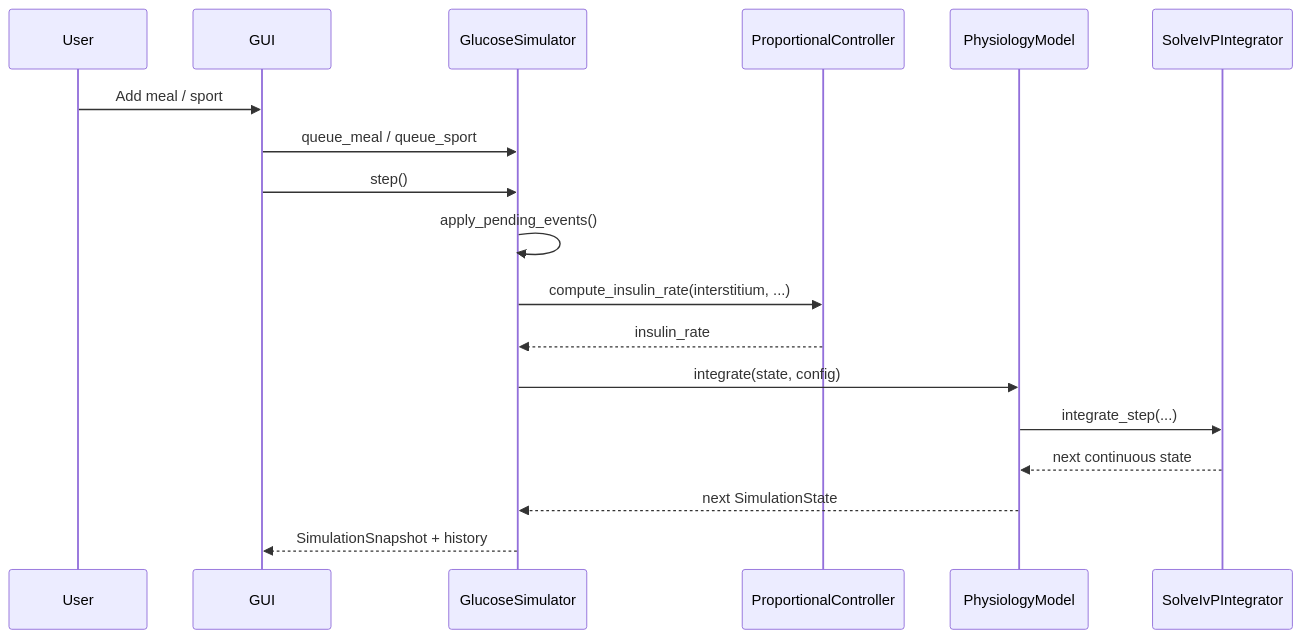
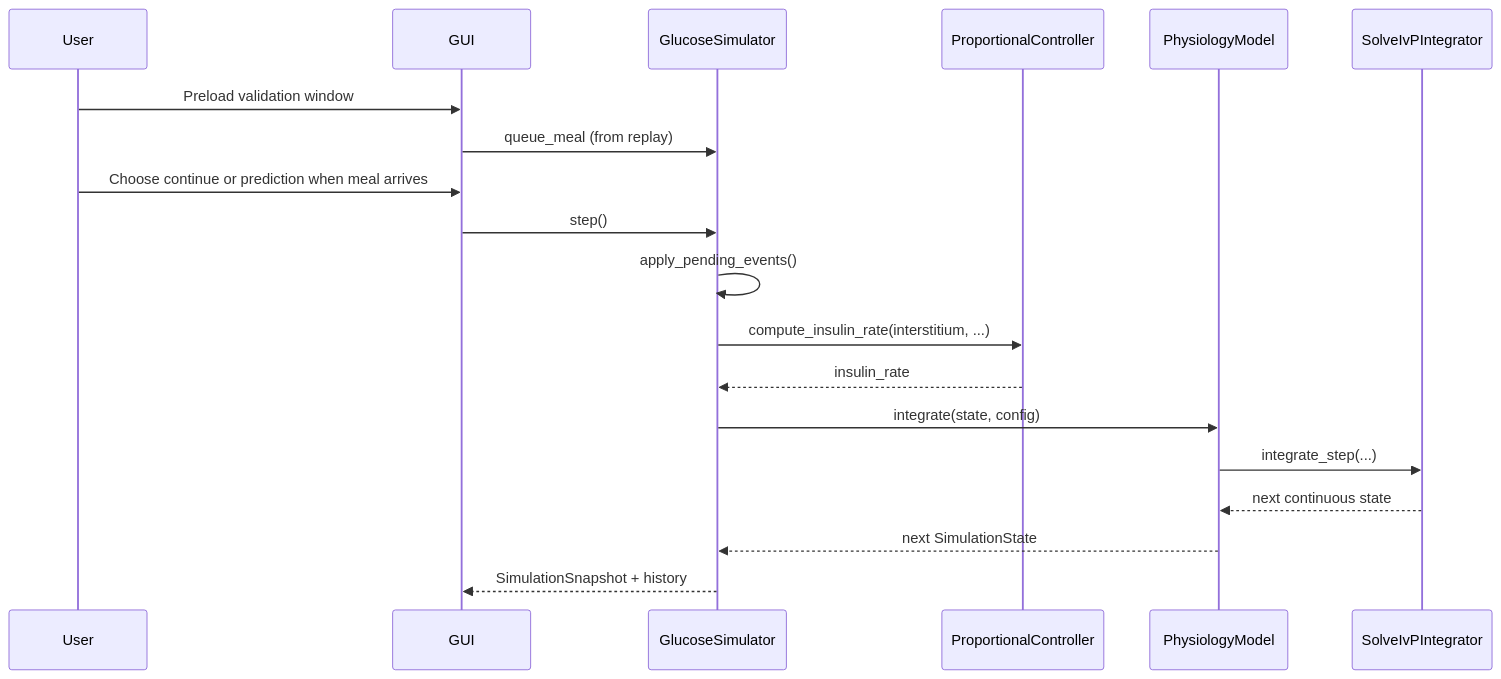
One commit to listi634/DT_BloodSugar_Insulin_Team1 changed the first of 2 diagrams in project_files/simulation_summary.md. Above: the diagram before and after it, drawn with Mermaid. The commit also changed other lines of this file and 6 other files, not shown here.

Commit message:
feat: Enhance simulation with meal-triggered prediction and GUI integration

````diff
--- a/project_files/simulation_summary.md
+++ b/project_files/simulation_summary.md
@@ -80,21 +82,22 @@
 ```mermaid
 sequenceDiagram
     participant User
     participant GUI
     participant Sim as GlucoseSimulator
     participant Ctrl as ProportionalController
     participant Model as PhysiologyModel
     participant Int as SolveIvPIntegrator
 
-    User->>GUI: Add meal / sport
-    GUI->>Sim: queue_meal / queue_sport
+    User->>GUI: Preload validation window
+    GUI->>Sim: queue_meal (from replay)
+    User->>GUI: Choose continue or prediction when meal arrives
     GUI->>Sim: step()
     Sim->>Sim: apply_pending_events()
     Sim->>Ctrl: compute_insulin_rate(interstitium, ...)
     Ctrl-->>Sim: insulin_rate
     Sim->>Model: integrate(state, config)
     Model->>Int: integrate_step(...)
     Int-->>Model: next continuous state
     Model-->>Sim: next SimulationState
     Sim-->>GUI: SimulationSnapshot + history
 ```
````
